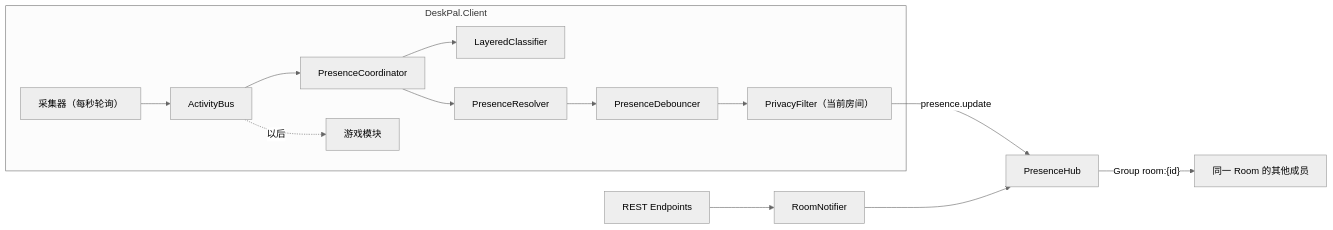
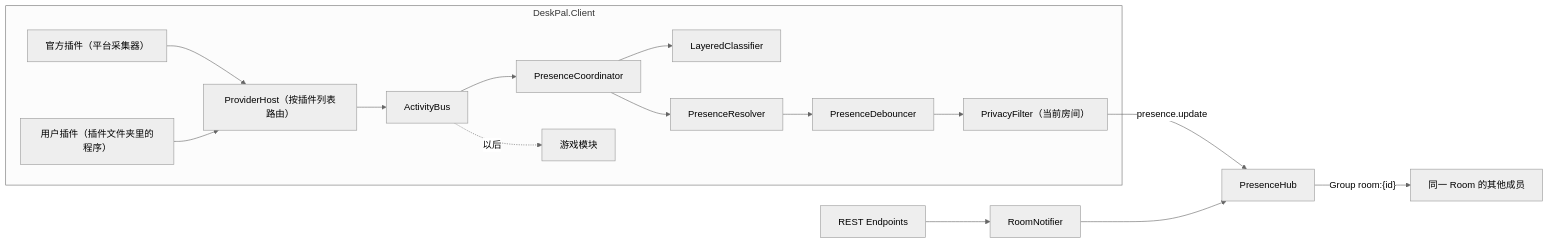
One commit to HuLuShiLei/DeskPal changed the diagram in docs/architecture.md. Above: the diagram before and after it, drawn with Mermaid (neutral theme). The commit also changed other lines of this file and 86 other files, not shown here.

````diff
--- a/docs/architecture.md
+++ b/docs/architecture.md
@@ -20,16 +20,18 @@
 ```mermaid
 flowchart LR
   subgraph client [DeskPal.Client]
-    Collectors["采集器（每秒轮询）"] --> Bus["ActivityBus"]
+    Official["官方插件（平台采集器）"] --> Host["ProviderHost（按插件列表路由）"]
+    User["用户插件（插件文件夹里的程序）"] --> Host
+    Host --> Bus["ActivityBus"]
     Bus --> Coordinator["PresenceCoordinator"]
     Coordinator --> Classifier["LayeredClassifier"]
     Coordinator --> Resolver["PresenceResolver"]
     Resolver --> Debouncer["PresenceDebouncer"]
     Debouncer --> Filter["PrivacyFilter（当前房间）"]
     Bus -.->|"以后"| Game["游戏模块"]
   end
   Filter -->|"presence.update"| Hub["PresenceHub"]
   Hub -->|"Group room:{id}"| Others["同一 Room 的其他成员"]
   Endpoints["REST Endpoints"] --> Notifier["RoomNotifier"]
   Notifier --> Hub
 ```
````
